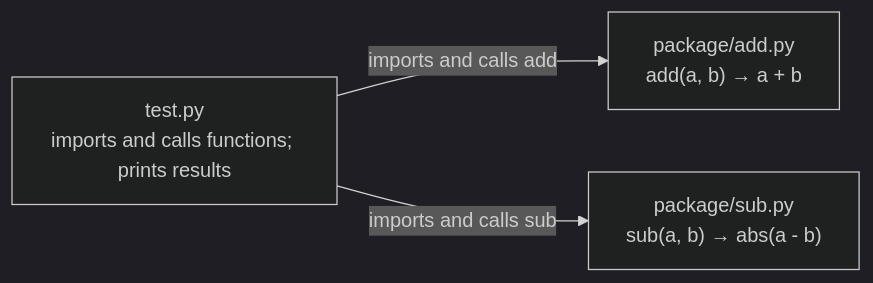
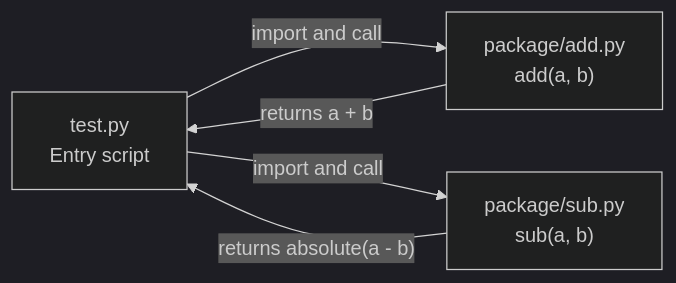
One commit to shanmukh-a23/prototype changed the diagram in docs/architecture.md. Above: the diagram before and after it, drawn with Mermaid (dark theme).

Commit message:
Update repository architecture diagram

````diff
--- a/docs/architecture.md
+++ b/docs/architecture.md
@@ -3,9 +3,11 @@
 ```mermaid
 flowchart LR
-    T["test.py<br/>imports and calls functions; prints results"]
-    A["package/add.py<br/>add(a, b) → a + b"]
-    S["package/sub.py<br/>sub(a, b) → abs(a - b)"]
+    T["test.py<br/>Entry script"]
+    A["package/add.py<br/>add(a, b)"]
+    S["package/sub.py<br/>sub(a, b)"]
 
-    T -->|"imports and calls add"| A
-    T -->|"imports and calls sub"| S
+    T -->|"import and call"| A
+    T -->|"import and call"| S
+    A -->|"returns a + b"| T
+    S -->|"returns absolute(a - b)"| T
 ```
````
